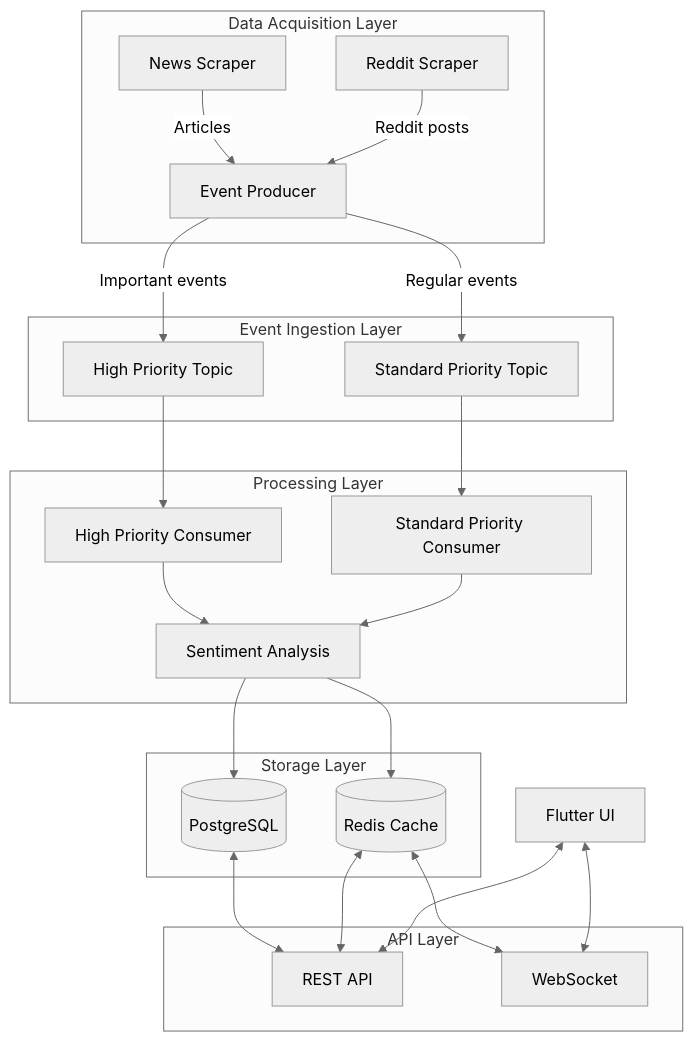
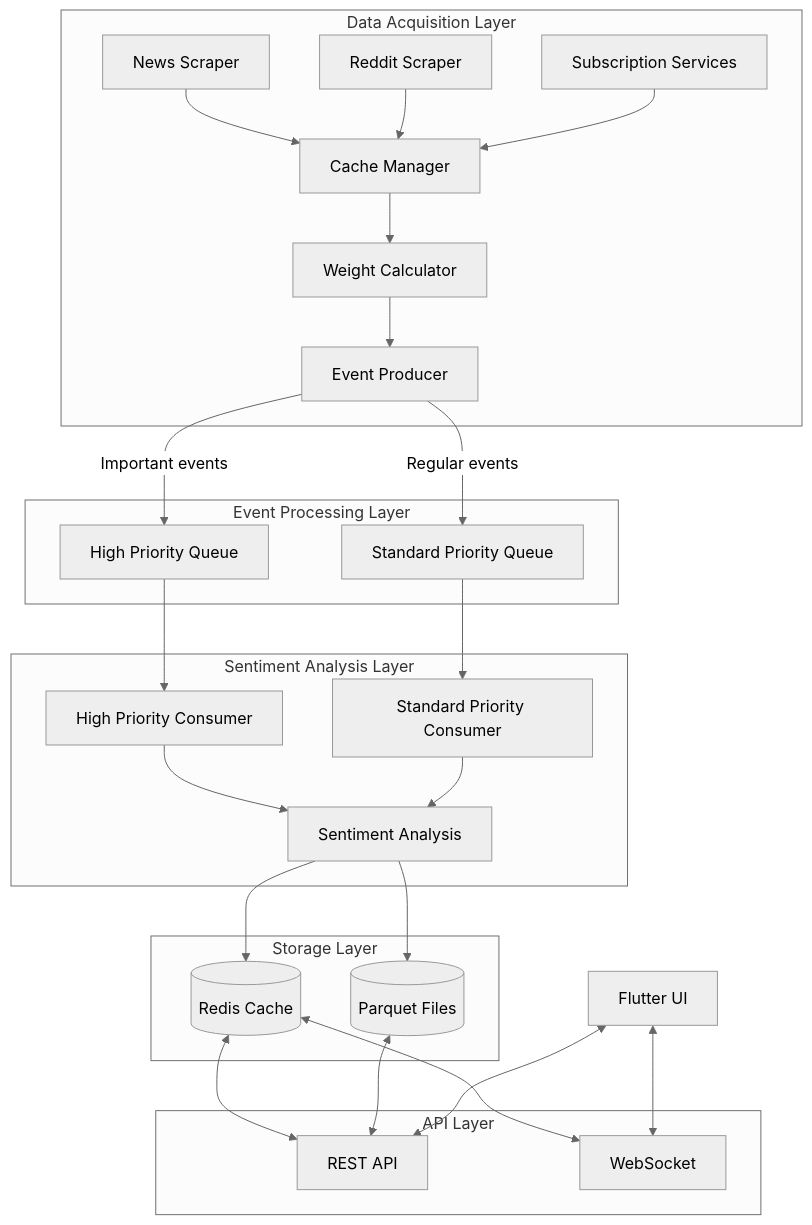
The first of 5 diagrams in documentation/architecture/scraper_architecture.md (JCorners68/RTSentiment), drawn with Mermaid (neutral theme) before and after one commit. The commit also changed other lines of this file and 1750 other files, not shown here.

````diff
--- a/documentation/architecture/scraper_architecture.md
+++ b/documentation/architecture/scraper_architecture.md
@@ -25,50 +18,57 @@
 ```mermaid
 flowchart TB
     subgraph "Data Acquisition Layer"
         NS[News Scraper]
         RS[Reddit Scraper]
+        SS[Subscription Services]
+        CM[Cache Manager]
+        WC[Weight Calculator]
         EP[Event Producer]
         
-        NS -- "Articles" --> EP
-        RS -- "Reddit posts" --> EP
+        NS --> CM
+        RS --> CM
+        SS --> CM
+        
+        CM --> WC
+        WC --> EP
     end
     
-    subgraph "Event Ingestion Layer"
-        HP[High Priority Topic]
-        SP[Standard Priority Topic]
+    subgraph "Event Processing Layer"
+        HP[High Priority Queue]
+        SP[Standard Priority Queue]
         
         EP -- "Important events" --> HP
         EP -- "Regular events" --> SP
     end
     
-    subgraph "Processing Layer"
+    subgraph "Sentiment Analysis Layer"
         HC[High Priority Consumer]
         SC[Standard Priority Consumer]
         SA[Sentiment Analysis]
         
         HP --> HC
         SP --> SC
         HC --> SA
         SC --> SA
     end
     
     subgraph "Storage Layer"
-        DB[(PostgreSQL)]
-        Cache[(Redis Cache)]
+        RC[(Redis Cache)]
+        PQ[(Parquet Files)]
         
-        SA --> DB
-        SA --> Cache
+        SA --> RC
+        SA --> PQ
     end
     
     subgraph "API Layer"
         API[REST API]
         WS[WebSocket]
         
-        DB <--> API
-        Cache <--> API
-        Cache <--> WS
+        RC <--> API
+        PQ <--> API
+        RC <--> WS
     end
     
     UI[Flutter UI] <--> API
     UI <--> WS
 ```
````
